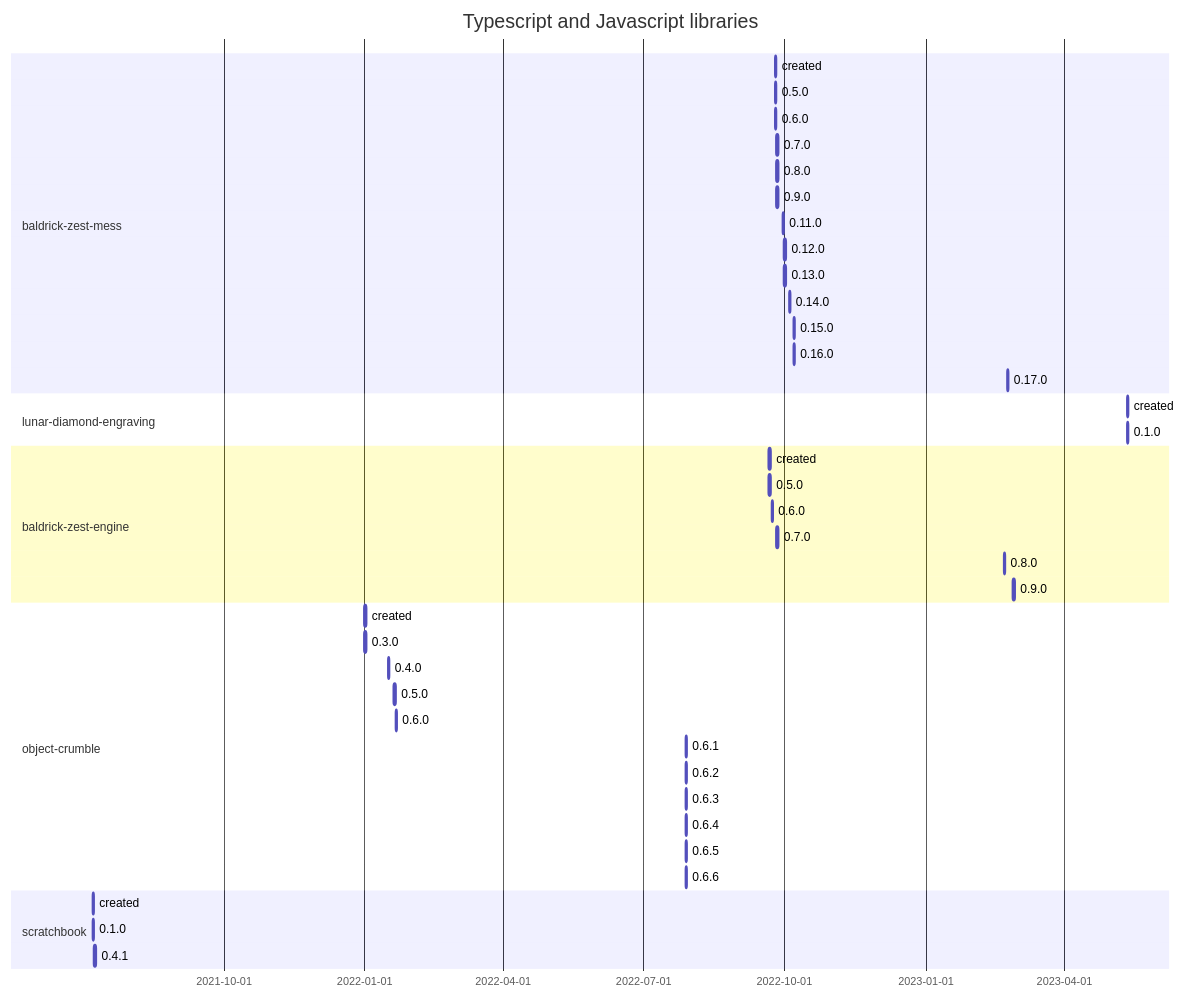
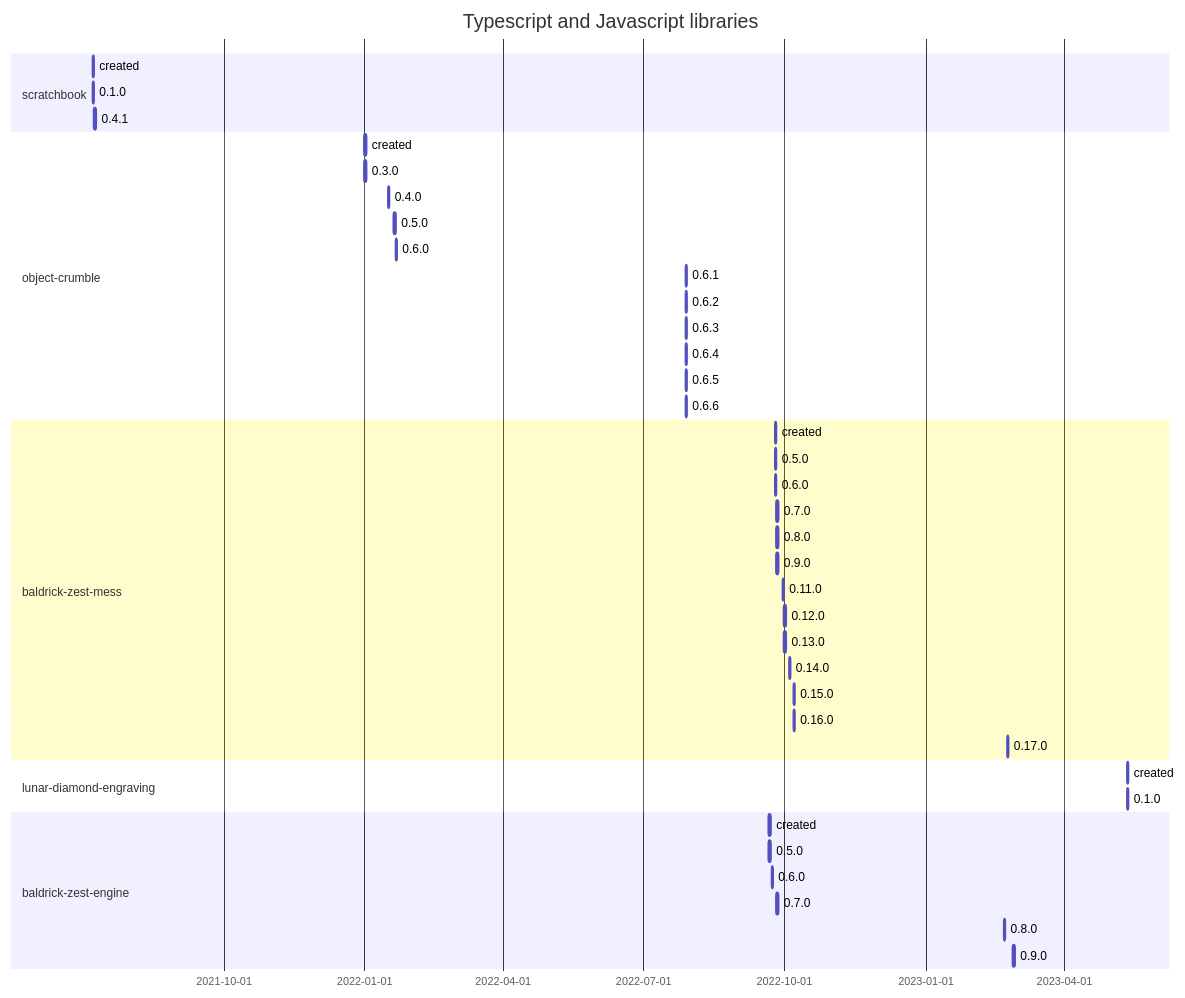
The first of 4 diagrams in SOFTWARE-TIMELINE.md (flarebyte/overview), drawn with Mermaid before and after one commit. The commit also changed other lines of this file and 3 other files, not shown here.

````diff
--- a/SOFTWARE-TIMELINE.md
+++ b/SOFTWARE-TIMELINE.md
@@ -8,55 +8,55 @@
 ```mermaid
 gantt
     title Typescript and Javascript libraries
     dateFormat  YYYY-MM-DD
+
+    section scratchbook
+    created:, 2021-07-08, 1d
+    0.1.0:, 2021-07-08, 1d
+    0.4.1:, 2021-07-09, 1d
+
+
+    section object-crumble
+    created:, 2022-01-01, 1d
+    0.3.0:, 2022-01-01, 1d
+    0.4.0:, 2022-01-16, 1d
+    0.5.0:, 2022-01-20, 1d
+    0.6.0:, 2022-01-21, 1d
+    0.6.1:, 2022-07-29, 1d
+    0.6.2:, 2022-07-29, 1d
+    0.6.3:, 2022-07-29, 1d
+    0.6.4:, 2022-07-29, 1d
+    0.6.5:, 2022-07-29, 1d
+    0.6.6:, 2022-07-29, 1d
+
 
     section baldrick-zest-mess
     created:, 2022-09-25, 1d
     0.5.0:, 2022-09-25, 1d
     0.6.0:, 2022-09-25, 1d
     0.7.0:, 2022-09-26, 1d
     0.8.0:, 2022-09-26, 1d
     0.9.0:, 2022-09-26, 1d
     0.11.0:, 2022-09-30, 1d
     0.12.0:, 2022-10-01, 1d
     0.13.0:, 2022-10-01, 1d
     0.14.0:, 2022-10-04, 1d
     0.15.0:, 2022-10-07, 1d
     0.16.0:, 2022-10-07, 1d
     0.17.0:, 2023-02-23, 1d
 
 
     section lunar-diamond-engraving
     created:, 2023-05-12, 1d
     0.1.0:, 2023-05-12, 1d
 
 
     section baldrick-zest-engine
     created:, 2022-09-21, 1d
     0.5.0:, 2022-09-21, 1d
     0.6.0:, 2022-09-23, 1d
     0.7.0:, 2022-09-26, 1d
     0.8.0:, 2023-02-21, 1d
     0.9.0:, 2023-02-27, 1d
 
-
-    section object-crumble
-    created:, 2022-01-01, 1d
-    0.3.0:, 2022-01-01, 1d
-    0.4.0:, 2022-01-16, 1d
-    0.5.0:, 2022-01-20, 1d
-    0.6.0:, 2022-01-21, 1d
-    0.6.1:, 2022-07-29, 1d
-    0.6.2:, 2022-07-29, 1d
-    0.6.3:, 2022-07-29, 1d
-    0.6.4:, 2022-07-29, 1d
-    0.6.5:, 2022-07-29, 1d
-    0.6.6:, 2022-07-29, 1d
-
-
-    section scratchbook
-    created:, 2021-07-08, 1d
-    0.1.0:, 2021-07-08, 1d
-    0.4.1:, 2021-07-09, 1d
-
 ```
````
